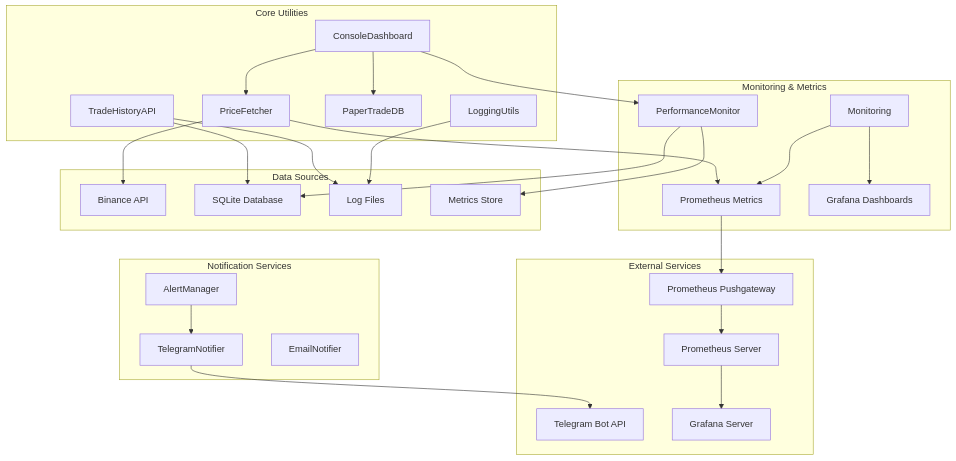
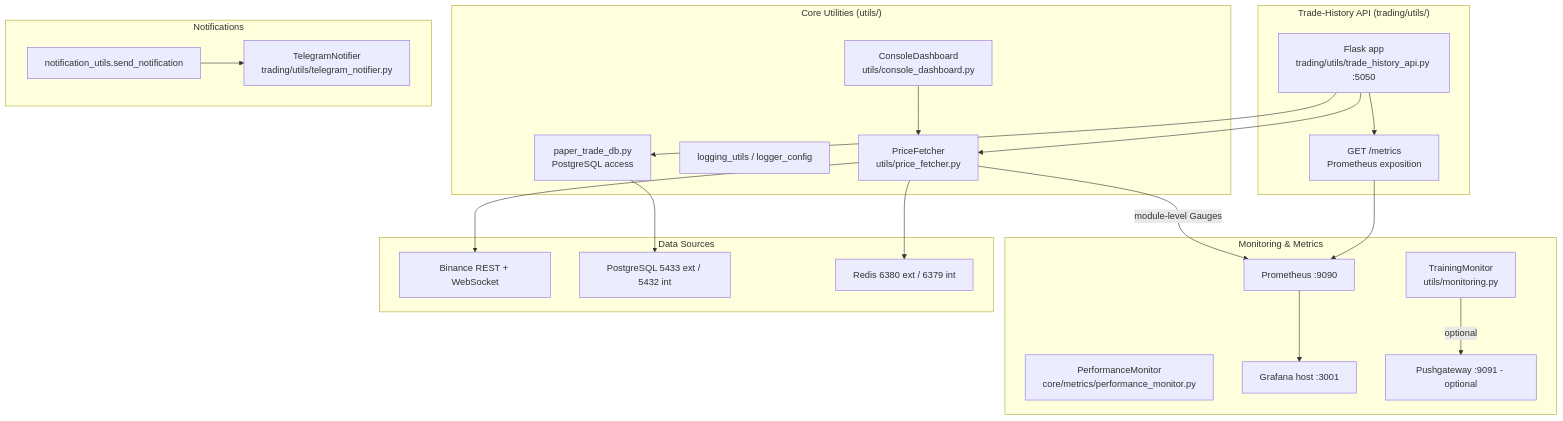
The first of 7 diagrams in docs/utilities_monitoring.md (cluster2600/ELVIS), drawn with Mermaid before and after one commit. The commit also changed other lines of this file and 60 other files, not shown here.

````diff
--- a/docs/utilities_monitoring.md
+++ b/docs/utilities_monitoring.md
@@ -14,62 +17,49 @@
 ```mermaid
 graph TB
-    subgraph "Core Utilities"
-        PriceFetcher[PriceFetcher]
-        Dashboard[ConsoleDashboard]
-        Logging[LoggingUtils]
-        PaperTradeDB[PaperTradeDB]
-        TradeHistoryAPI[TradeHistoryAPI]
+    subgraph "Core Utilities (utils/)"
+        PriceFetcher[PriceFetcher<br/>utils/price_fetcher.py]
+        Dashboard[ConsoleDashboard<br/>utils/console_dashboard.py]
+        Logging[logging_utils / logger_config]
+        PaperTradeDB[paper_trade_db.py<br/>PostgreSQL access]
     end
-    
+
+    subgraph "Trade-History API (trading/utils/)"
+        TradeHistoryAPI[Flask app<br/>trading/utils/trade_history_api.py :5050]
+        MetricsEndpoint[GET /metrics<br/>Prometheus exposition]
+    end
+
     subgraph "Monitoring & Metrics"
-        Monitoring[Monitoring]
-        PerformanceMonitor[PerformanceMonitor]
-        PrometheusMetrics[Prometheus Metrics]
-        GrafanaDashboards[Grafana Dashboards]
+        TrainingMonitor[TrainingMonitor<br/>utils/monitoring.py]
+        PerformanceMonitor[PerformanceMonitor<br/>core/metrics/performance_monitor.py]
+        Prometheus[Prometheus :9090]
+        Grafana[Grafana host :3001]
+        Pushgateway[Pushgateway :9091 - optional]
     end
-    
-    subgraph "Notification Services"
-        TelegramNotifier[TelegramNotifier]
-        EmailNotifier[EmailNotifier]
-        AlertManager[AlertManager]
+
+    subgraph "Notifications"
+        TelegramNotifier[TelegramNotifier<br/>trading/utils/telegram_notifier.py]
+        NotifyUtils[notification_utils.send_notification]
     end
-    
+
     subgraph "Data Sources"
-        BinanceAPI[Binance API]
-        Database[SQLite Database]
-        LogFiles[Log Files]
-        MetricsStore[Metrics Store]
+        BinanceAPI[Binance REST + WebSocket]
+        Postgres[PostgreSQL 5433 ext / 5432 int]
+        Redis[Redis 6380 ext / 6379 int]
     end
-    
-    subgraph "External Services"
-        Telegram[Telegram Bot API]
-        Prometheus[Prometheus Server]
-        Grafana[Grafana Server]
-        PushGateway[Prometheus Pushgateway]
-    end
-    
+
     PriceFetcher --> BinanceAPI
-    PriceFetcher --> PrometheusMetrics
-    
-    Dashboard --> PerformanceMonitor
+    PriceFetcher --> Redis
+    PriceFetcher -->|module-level Gauges| Prometheus
+
     Dashboard --> PriceFetcher
-    Dashboard --> PaperTradeDB
-    
-    Monitoring --> PrometheusMetrics
-    Monitoring --> GrafanaDashboards
-    
-    PerformanceMonitor --> Database
-    PerformanceMonitor --> MetricsStore
-    
-    TelegramNotifier --> Telegram
-    AlertManager --> TelegramNotifier
-    
-    PrometheusMetrics --> PushGateway
-    PushGateway --> Prometheus
+
+    TradeHistoryAPI --> PaperTradeDB
+    PaperTradeDB --> Postgres
+    TradeHistoryAPI --> MetricsEndpoint
+    TradeHistoryAPI --> PriceFetcher
+    MetricsEndpoint --> Prometheus
     Prometheus --> Grafana
-    
-    TradeHistoryAPI --> Database
-    TradeHistoryAPI --> LogFiles
-    
-    Logging --> LogFiles
+
+    TrainingMonitor -->|optional| Pushgateway
+    NotifyUtils --> TelegramNotifier
 ```
````
